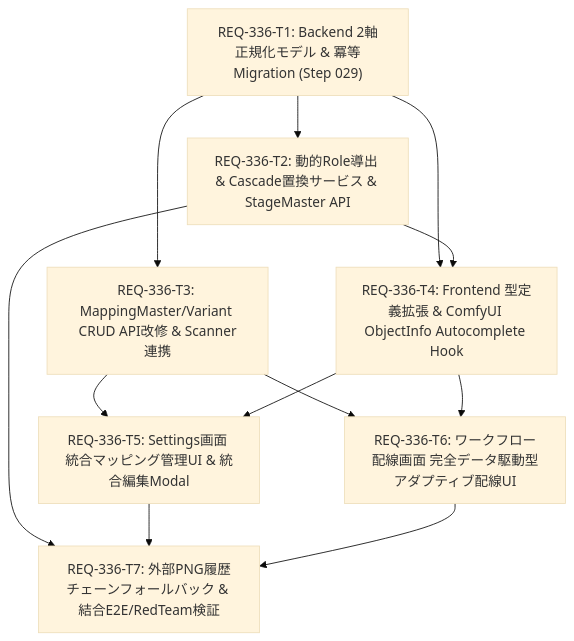
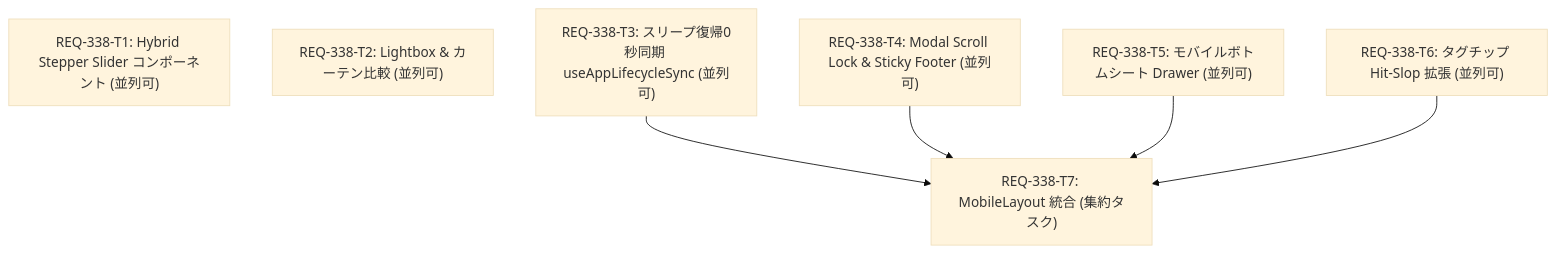
One commit to TAKE4548/comfy-create-helper2 changed the diagram in implementation_plan.md. Above: the diagram before and after it, drawn with Mermaid (base theme). The commit also changed other lines of this file and 27 other files, not shown here.

````diff
--- a/implementation_plan.md
+++ b/implementation_plan.md
@@ -10,22 +78,15 @@
 ```mermaid
 graph TD
-  REQ-336-T1["REQ-336-T1: Backend 2軸正規化モデル & 冪等Migration (Step 029)"]
-  REQ-336-T2["REQ-336-T2: 動的Role導出 & Cascade置換サービス & StageMaster API"]
-  REQ-336-T3["REQ-336-T3: MappingMaster/Variant CRUD API改修 & Scanner連携"]
-  REQ-336-T4["REQ-336-T4: Frontend 型定義拡張 & ComfyUI ObjectInfo Autocomplete Hook"]
-  REQ-336-T5["REQ-336-T5: Settings画面 統合マッピング管理UI & 統合編集Modal"]
-  REQ-336-T6["REQ-336-T6: ワークフロー配線画面 完全データ駆動型アダプティブ配線UI"]
-  REQ-336-T7["REQ-336-T7: 外部PNG履歴チェーンフォールバック & 結合E2E/RedTeam検証"]
+  REQ-338-T1["REQ-338-T1: Hybrid Stepper Slider コンポーネント (並列可)"]
+  REQ-338-T2["REQ-338-T2: Lightbox & カーテン比較 (並列可)"]
+  REQ-338-T3["REQ-338-T3: スリープ復帰0秒同期 useAppLifecycleSync (並列可)"]
+  REQ-338-T4["REQ-338-T4: Modal Scroll Lock & Sticky Footer (並列可)"]
+  REQ-338-T5["REQ-338-T5: モバイルボトムシート Drawer (並列可)"]
+  REQ-338-T6["REQ-338-T6: タグチップ Hit-Slop 拡張 (並列可)"]
+  REQ-338-T7["REQ-338-T7: MobileLayout 統合 (集約タスク)"]
 
-  REQ-336-T1 --> REQ-336-T2
-  REQ-336-T1 --> REQ-336-T3
-  REQ-336-T1 --> REQ-336-T4
-  REQ-336-T2 --> REQ-336-T4
-  REQ-336-T3 --> REQ-336-T5
-  REQ-336-T4 --> REQ-336-T5
-  REQ-336-T3 --> REQ-336-T6
-  REQ-336-T4 --> REQ-336-T6
-  REQ-336-T2 --> REQ-336-T7
-  REQ-336-T5 --> REQ-336-T7
-  REQ-336-T6 --> REQ-336-T7
+  REQ-338-T3 --> REQ-338-T7
+  REQ-338-T4 --> REQ-338-T7
+  REQ-338-T5 --> REQ-338-T7
+  REQ-338-T6 --> REQ-338-T7
 ```
````
